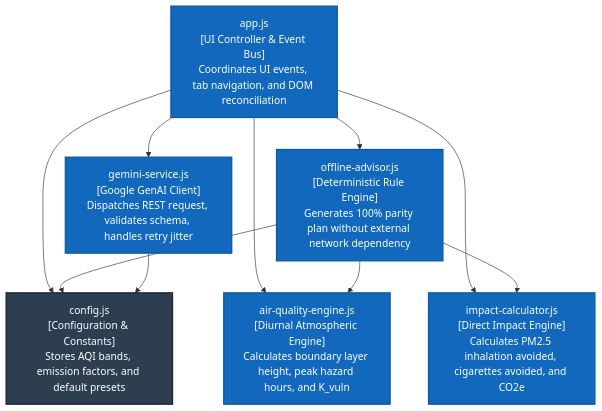
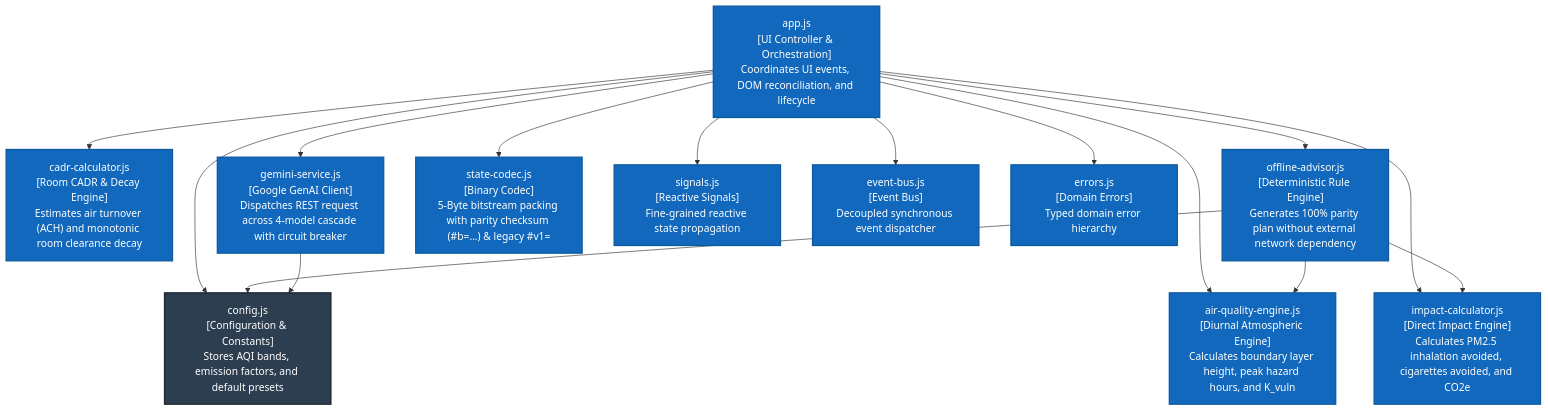
The diagram in uml/03-component-diagram.mmd (piyushmakhija28/prompt-war-challenge-6-clean-air-assistant), drawn with Mermaid before and after one commit. The commit also changed 42 other files, not shown here.

Commit message:
docs(uml): synchronize doc-to-code gaps and generate full 14-diagram UML and Draw.io architecture suites (closes #1)

```diff
--- a/uml/03-component-diagram.mmd
+++ b/uml/03-component-diagram.mmd
@@ -1,23 +1,32 @@
 %% C4 Level 3: Component Diagram for CleanAir Guardian
 graph TD
     classDef comp fill:#1168BD,stroke:#0E5A9E,stroke-width:2px,color:#FFF;
     classDef data fill:#2D3E50,stroke:#1A252F,stroke-width:2px,color:#FFF;
 
-    APP["app.js<br/>[UI Controller & Event Bus]<br/>Coordinates UI events, tab navigation, and DOM reconciliation"]:::comp
+    APP["app.js<br/>[UI Controller & Orchestration]<br/>Coordinates UI events, DOM reconciliation, and lifecycle"]:::comp
     CONFIG["config.js<br/>[Configuration & Constants]<br/>Stores AQI bands, emission factors, and default presets"]:::data
     INVERSION["air-quality-engine.js<br/>[Diurnal Atmospheric Engine]<br/>Calculates boundary layer height, peak hazard hours, and K_vuln"]:::comp
     CALC["impact-calculator.js<br/>[Direct Impact Engine]<br/>Calculates PM2.5 inhalation avoided, cigarettes avoided, and CO2e"]:::comp
+    CADR["cadr-calculator.js<br/>[Room CADR & Decay Engine]<br/>Estimates air turnover (ACH) and monotonic room clearance decay"]:::comp
     OFFLINE["offline-advisor.js<br/>[Deterministic Rule Engine]<br/>Generates 100% parity plan without external network dependency"]:::comp
-    GEMINI["gemini-service.js<br/>[Google GenAI Client]<br/>Dispatches REST request, validates schema, handles retry jitter"]:::comp
+    GEMINI["gemini-service.js<br/>[Google GenAI Client]<br/>Dispatches REST request across 4-model cascade with circuit breaker"]:::comp
+    CODEC["state-codec.js<br/>[Binary Codec]<br/>5-Byte bitstream packing with parity checksum (#b=...) & legacy #v1="]:::comp
+    SIGNALS["signals.js<br/>[Reactive Signals]<br/>Fine-grained reactive state propagation"]:::comp
+    EVENTBUS["event-bus.js<br/>[Event Bus]<br/>Decoupled synchronous event dispatcher"]:::comp
+    ERRORS["errors.js<br/>[Domain Errors]<br/>Typed domain error hierarchy"]:::comp
 
     APP --> CONFIG
     APP --> INVERSION
     APP --> CALC
+    APP --> CADR
     APP --> OFFLINE
     APP --> GEMINI
+    APP --> CODEC
+    APP --> SIGNALS
+    APP --> EVENTBUS
+    APP --> ERRORS
 
     OFFLINE --> CONFIG
     OFFLINE --> INVERSION
     OFFLINE --> CALC
-
     GEMINI --> CONFIG
```
